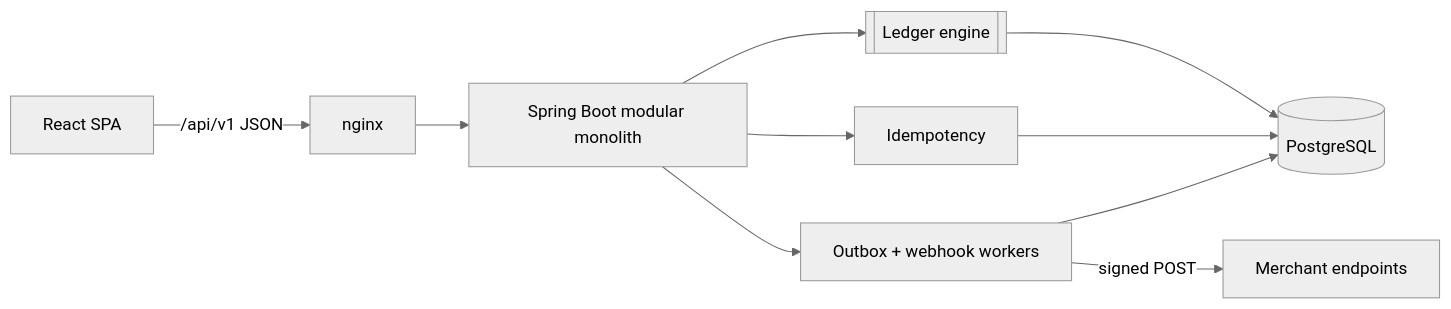
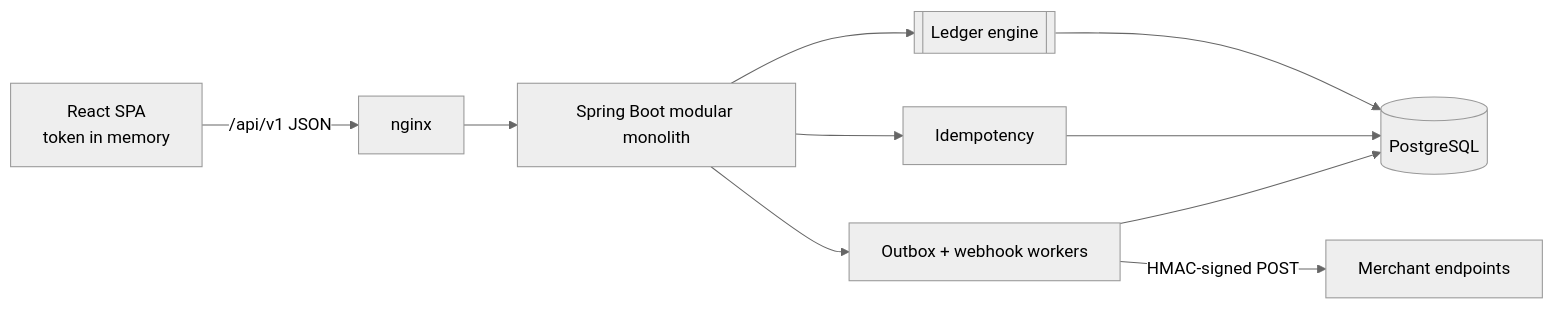
Before and after one commit to 10k11/ledgerforge: the first of 2 diagrams in README.md, drawn with Mermaid (neutral theme). The commit also changed other lines of this file and 18 other files, not shown here.

````diff
--- a/README.md
+++ b/README.md
@@ -79,10 +126,10 @@
 ```mermaid
 flowchart LR
-  SPA[React SPA] -->|/api/v1 JSON| NGINX[nginx]
+  SPA[React SPA<br/>token in memory] -->|/api/v1 JSON| NGINX[nginx]
   NGINX --> API[Spring Boot modular monolith]
   API --> LEDGER[[Ledger engine]]
   API --> IDEM[Idempotency]
   API --> OUTBOX[Outbox + webhook workers]
   LEDGER & IDEM & OUTBOX --> PG[(PostgreSQL)]
-  OUTBOX -->|signed POST| MERCHANT[Merchant endpoints]
+  OUTBOX -->|HMAC-signed POST| MERCHANT[Merchant endpoints]
 ```
````
